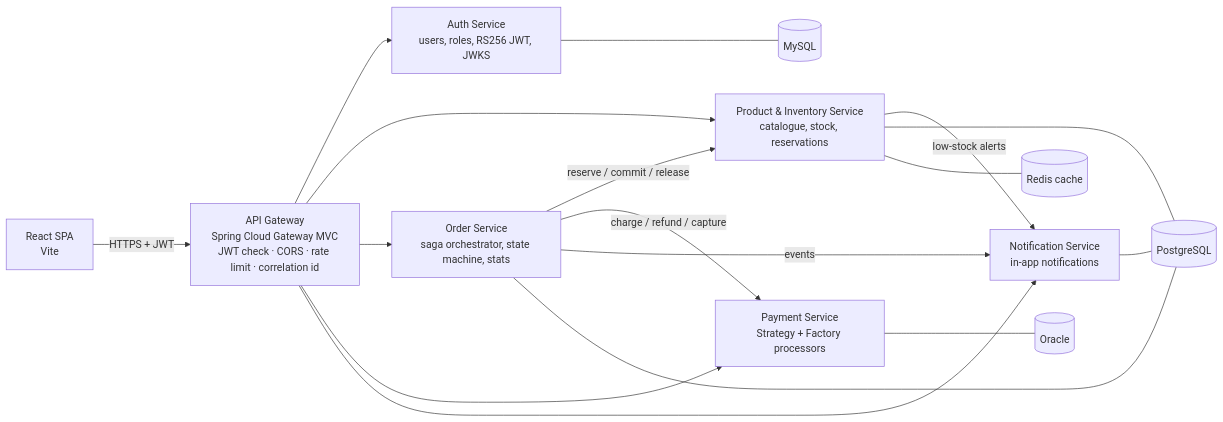
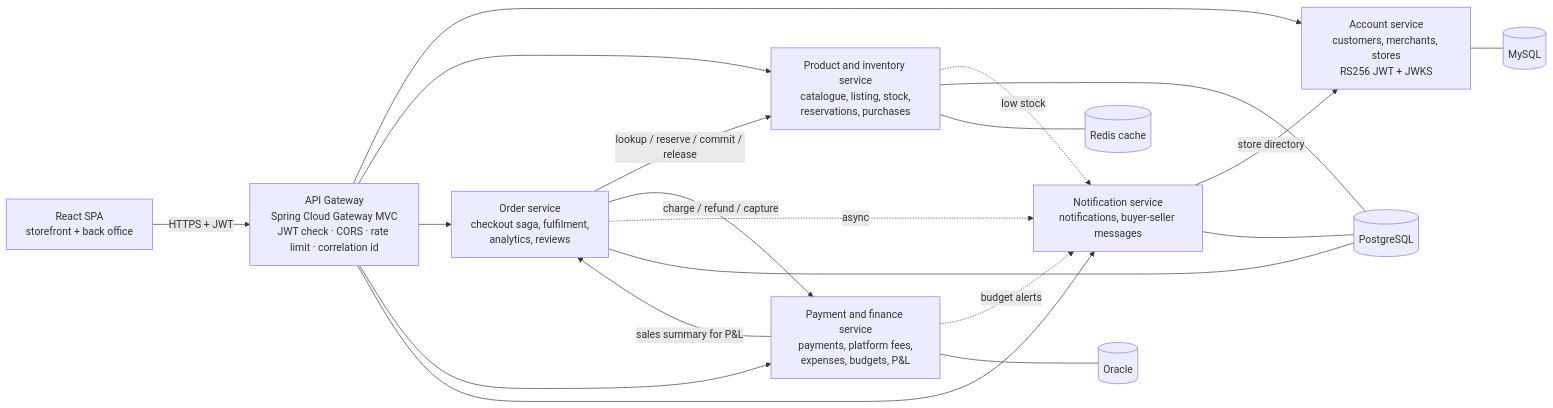
The first of 3 diagrams in README.md (kushkumarsriwas/enterprise-order-platform), drawn with Mermaid before and after one commit. The commit also changed other lines of this file and 1 other file, not shown here.

````diff
--- a/README.md
+++ b/README.md
@@ -20,19 +33,22 @@
 ```mermaid
 flowchart LR
-    UI[React SPA<br/>Vite] -->|HTTPS + JWT| GW[API Gateway<br/>Spring Cloud Gateway MVC<br/>JWT check · CORS · rate limit · correlation id]
-    GW --> AUTH[Auth Service<br/>users, roles, RS256 JWT, JWKS]
-    GW --> INV[Product & Inventory Service<br/>catalogue, stock, reservations]
-    GW --> ORD[Order Service<br/>saga orchestrator, state machine, stats]
-    GW --> PAY[Payment Service<br/>Strategy + Factory processors]
-    GW --> NOT[Notification Service<br/>in-app notifications]
-    ORD -->|reserve / commit / release| INV
+    UI[React SPA<br/>storefront + back office] -->|HTTPS + JWT| GW[API Gateway<br/>Spring Cloud Gateway MVC<br/>JWT check · CORS · rate limit · correlation id]
+    GW --> AUTH[Account service<br/>customers, merchants, stores<br/>RS256 JWT + JWKS]
+    GW --> INV[Product and inventory service<br/>catalogue, listing, stock,<br/>reservations, purchases]
+    GW --> ORD[Order service<br/>checkout saga, fulfilment,<br/>analytics, reviews]
+    GW --> PAY[Payment and finance service<br/>payments, platform fees,<br/>expenses, budgets, P&L]
+    GW --> NOT[Notification service<br/>notifications, buyer-seller messages]
+    ORD -->|lookup / reserve / commit / release| INV
     ORD -->|charge / refund / capture| PAY
-    ORD -->|events| NOT
-    INV -->|low-stock alerts| NOT
+    PAY -->|sales summary for P&L| ORD
+    NOT -->|store directory| AUTH
+    ORD -. async .-> NOT
+    INV -. low stock .-> NOT
+    PAY -. budget alerts .-> NOT
     AUTH --- MYSQL[(MySQL)]
     INV --- PG[(PostgreSQL)]
     INV --- REDIS[(Redis cache)]
     ORD --- PG
     NOT --- PG
     PAY --- ORA[(Oracle)]
 ```
````
